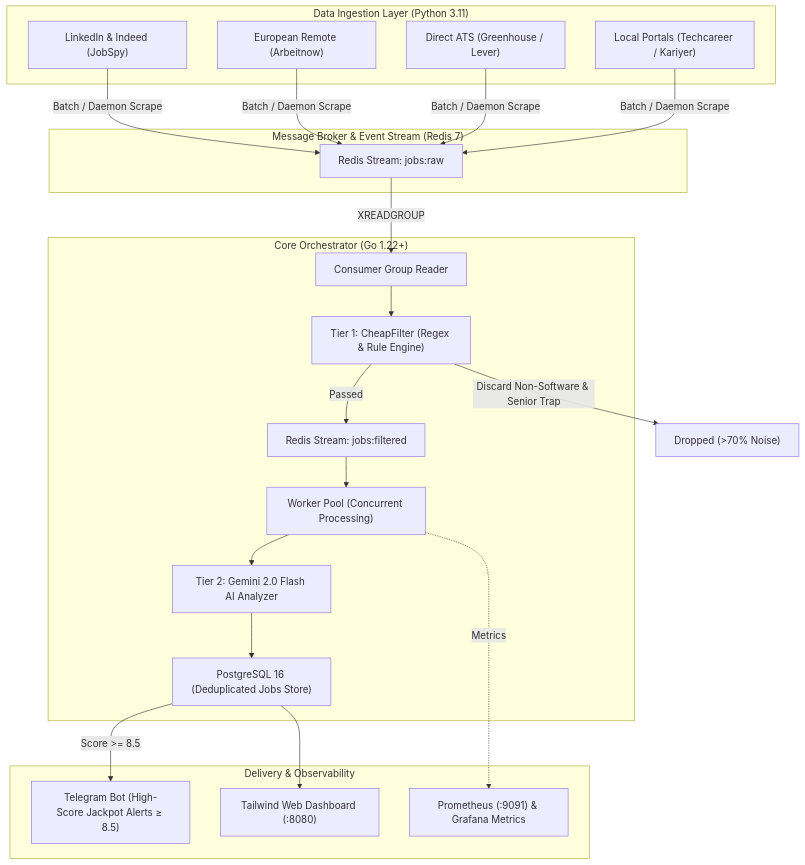
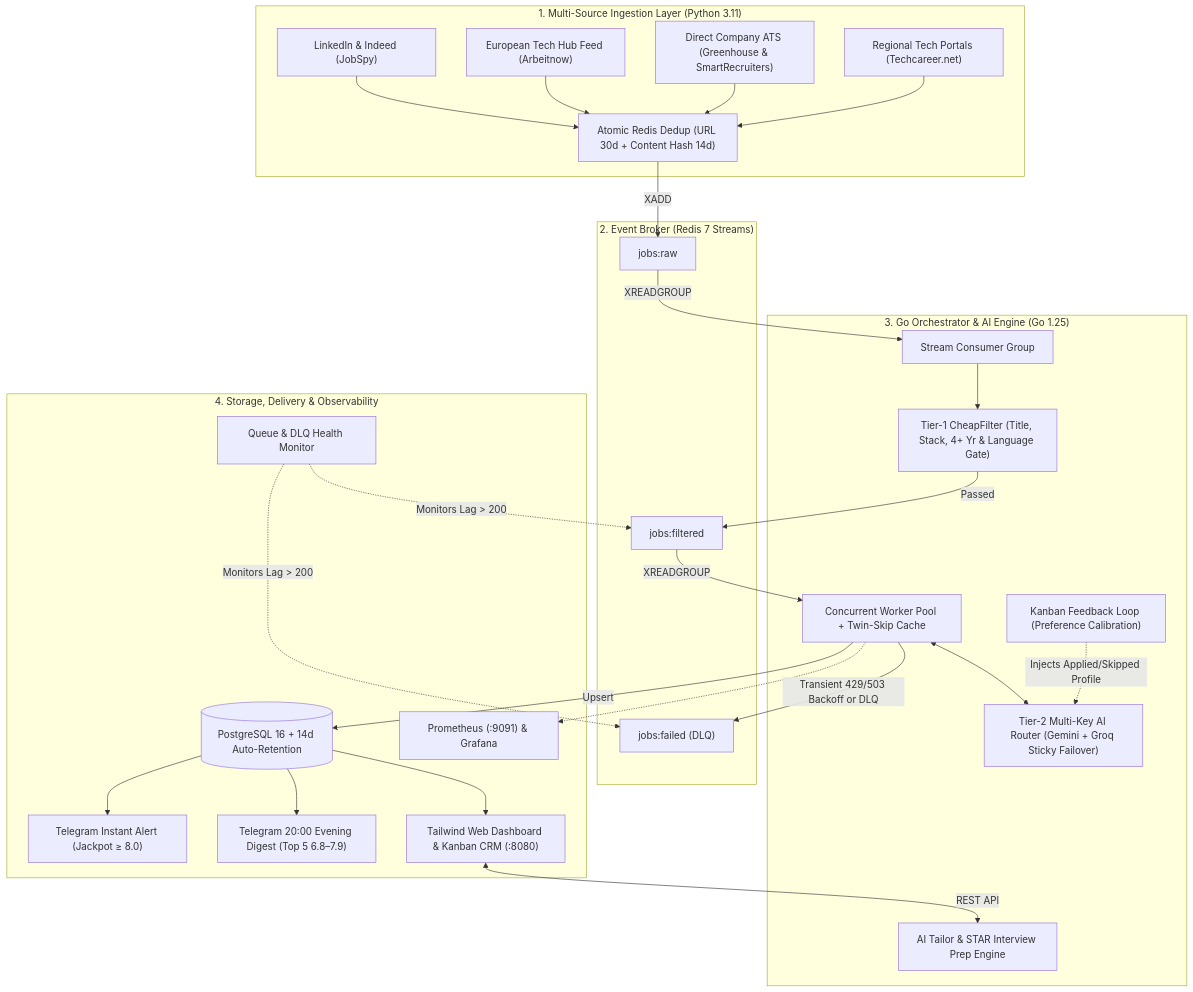
The diagram in README.md (Ulas-Dursun/job-hunter), drawn with Mermaid before and after one commit. The commit also changed other lines of this file and 30 other files, not shown here.

Commit message:
feat: calibrate scoring rubric, add Tier-1 language/seniority gates, Kanban feedback loop, evening digest & Coderspace/EU ATS sources

````diff
--- a/README.md
+++ b/README.md
@@ -17,40 +17,47 @@
 ```mermaid
 flowchart TD
-    subgraph S1["Data Ingestion Layer (Python 3.11)"]
+    subgraph S1["1. Multi-Source Ingestion Layer (Python 3.11)"]
         A1["LinkedIn & Indeed (JobSpy)"]
-        A2["European Remote (Arbeitnow)"]
-        A3["Direct ATS (Greenhouse / Lever)"]
-        A4["Local Portals (Techcareer / Kariyer)"]
+        A2["European Tech Hub Feed (Arbeitnow)"]
+        A3["Direct Company ATS (Greenhouse & SmartRecruiters)"]
+        A4["Regional Tech Portals (Techcareer.net)"]
+        A5["Atomic Redis Dedup (URL 30d + Content Hash 14d)"]
     end
 
-    subgraph S2["Message Broker & Event Stream (Redis 7)"]
-        B["Redis Stream: jobs:raw"]
+    subgraph S2["2. Event Broker (Redis 7 Streams)"]
+        B["jobs:raw"]
+        E["jobs:filtered"]
+        F_DLQ["jobs:failed (DLQ)"]
     end
 
-    subgraph S3["Core Orchestrator (Go 1.22+)"]
-        C["Consumer Group Reader"]
-        D["Tier 1: CheapFilter (Regex & Rule Engine)"]
-        E["Redis Stream: jobs:filtered"]
-        F["Worker Pool (Concurrent Processing)"]
-        G["Tier 2: Gemini 2.0 Flash AI Analyzer"]
-        H["PostgreSQL 16 (Deduplicated Jobs Store)"]
+    subgraph S3["3. Go Orchestrator & AI Engine (Go 1.25)"]
+        C["Stream Consumer Group"]
+        D["Tier-1 CheapFilter (Title, Stack, 4+ Yr & Language Gate)"]
+        W["Concurrent Worker Pool + Twin-Skip Cache"]
+        G["Tier-2 Multi-Key AI Router (Gemini + Groq Sticky Failover)"]
+        FB["Kanban Feedback Loop (Preference Calibration)"]
+        T["AI Tailor & STAR Interview Prep Engine"]
     end
 
-    subgraph S4["Delivery & Observability"]
-        I["Telegram Bot (High-Score Jackpot Alerts ≥ 8.5)"]
-        J["Tailwind Web Dashboard (:8080)"]
-        K["Prometheus (:9091) & Grafana Metrics"]
+    subgraph S4["4. Storage, Delivery & Observability"]
+        H[("PostgreSQL 16 + 14d Auto-Retention")]
+        I1["Telegram Instant Alert (Jackpot ≥ 8.0)"]
+        I2["Telegram 20:00 Evening Digest (Top 5 6.8–7.9)"]
+        I3["Queue & DLQ Health Monitor"]
+        J["Tailwind Web Dashboard & Kanban CRM (:8080)"]
+        K["Prometheus (:9091) & Grafana"]
     end
 
-    A1 & A2 & A3 & A4 -->|Batch / Daemon Scrape| B
-    B -->|XREADGROUP| C
-    C --> D
-    D -->|Discard Non-Software & Senior Trap| D_DROP["Dropped (>70% Noise)"]
+    A1 & A2 & A3 & A4 --> A5 -->|XADD| B
+    B -->|XREADGROUP| C --> D
     D -->|Passed| E
-    E --> F
-    F --> G
-    G --> H
-    H -->|Score >= 8.5| I
-    H --> J
-    F -.->|Metrics| K
+    E -->|XREADGROUP| W
+    W <--> G
+    FB -.->|Injects Applied/Skipped Profile| G
+    W -->|Transient 429/503 Backoff or DLQ| F_DLQ
+    W -->|Upsert| H
+    H --> I1 & I2 & J
+    J <-->|REST API| T
+    I3 -.->|Monitors Lag > 200| E & F_DLQ
+    W -.-> K
 ```
````
